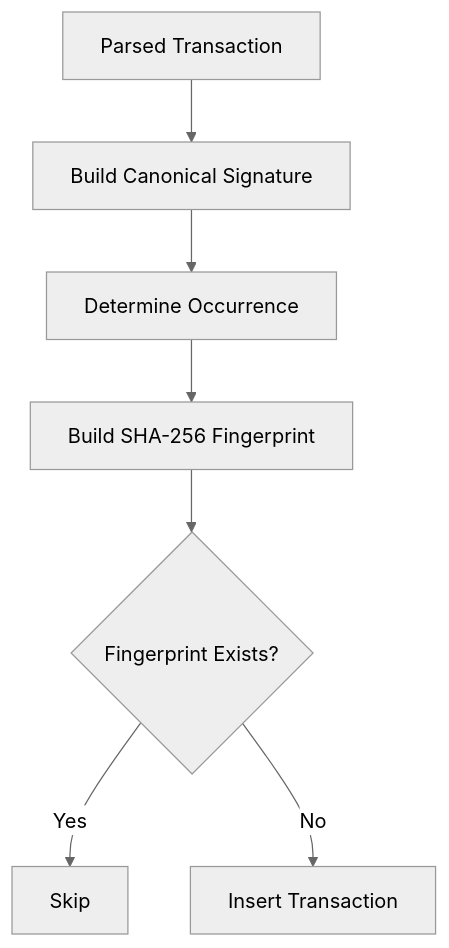
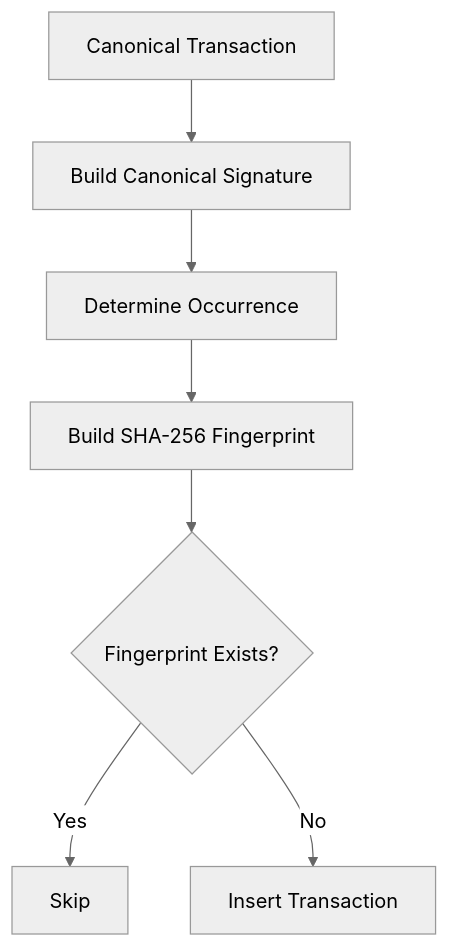
The fifth of 6 diagrams in docs/architecture.md (daniel-carneiro-nascimento/sherlock-home), drawn with Mermaid (neutral theme) before and after one commit. The commit also changed other lines of this file and 2 other files, not shown here.

````diff
--- a/docs/architecture.md
+++ b/docs/architecture.md
@@ -679,14 +643,14 @@
 ```mermaid
 flowchart TD
 
-    TX[Parsed Transaction]
+    TX[Canonical Transaction]
 
     TX --> SIG[Build Canonical Signature]
     SIG --> OCC[Determine Occurrence]
     OCC --> HASH[Build SHA-256 Fingerprint]
 
     HASH --> DBQ{Fingerprint Exists?}
 
     DBQ -->|Yes| SKIP[Skip]
     DBQ -->|No| INSERT[Insert Transaction]
 ```
````
